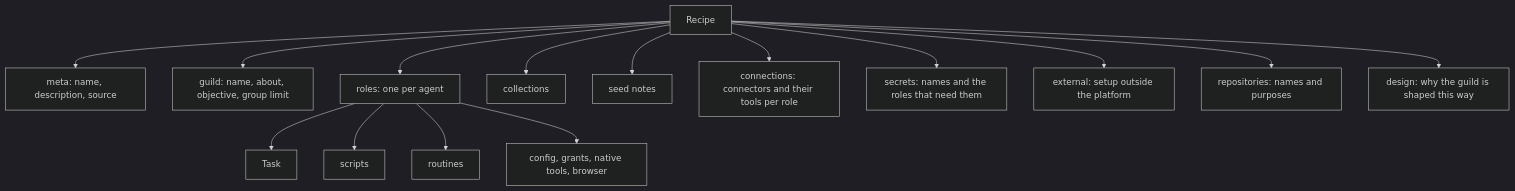
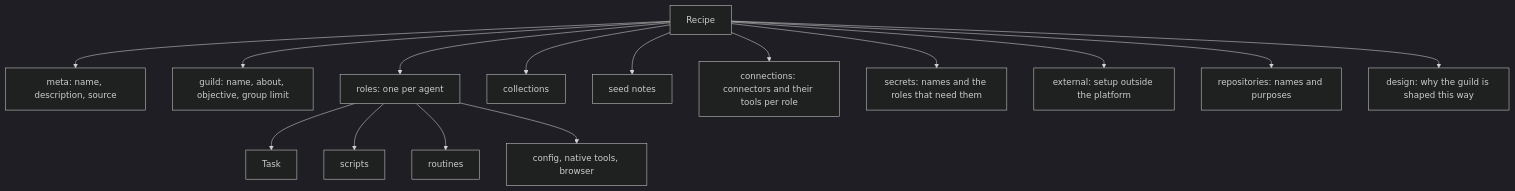
The diagram in docs/concepts/recipe-format.md (CigaleAI/guilds), drawn with Mermaid (dark theme) before and after one commit. The commit also changed other lines of this file and 145 other files, not shown here.

````diff
--- a/docs/concepts/recipe-format.md
+++ b/docs/concepts/recipe-format.md
@@ -30,17 +30,17 @@
 ```mermaid
 flowchart TD
   R[Recipe] --> M[meta: name, description, source]
   R --> G[guild: name, about, objective, group limit]
   R --> Ro[roles: one per agent]
   Ro --> T[Task]
   Ro --> S[scripts]
   Ro --> Sc[routines]
-  Ro --> Cf[config, grants, native tools, browser]
+  Ro --> Cf[config, native tools, browser]
   R --> Co[collections]
   R --> N[seed notes]
   R --> Cn[connections: connectors and their tools per role]
   R --> Se[secrets: names and the roles that need them]
   R --> Ex[external: setup outside the platform]
   R --> Re[repositories: names and purposes]
   R --> D[design: why the guild is shaped this way]
 ```
````
